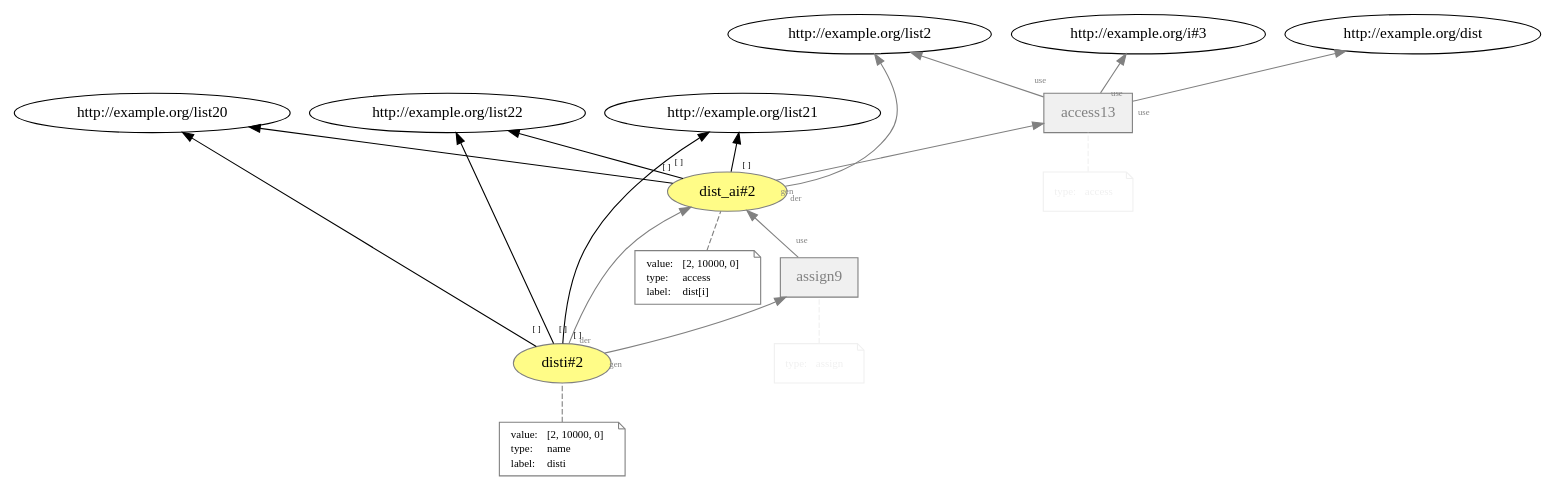
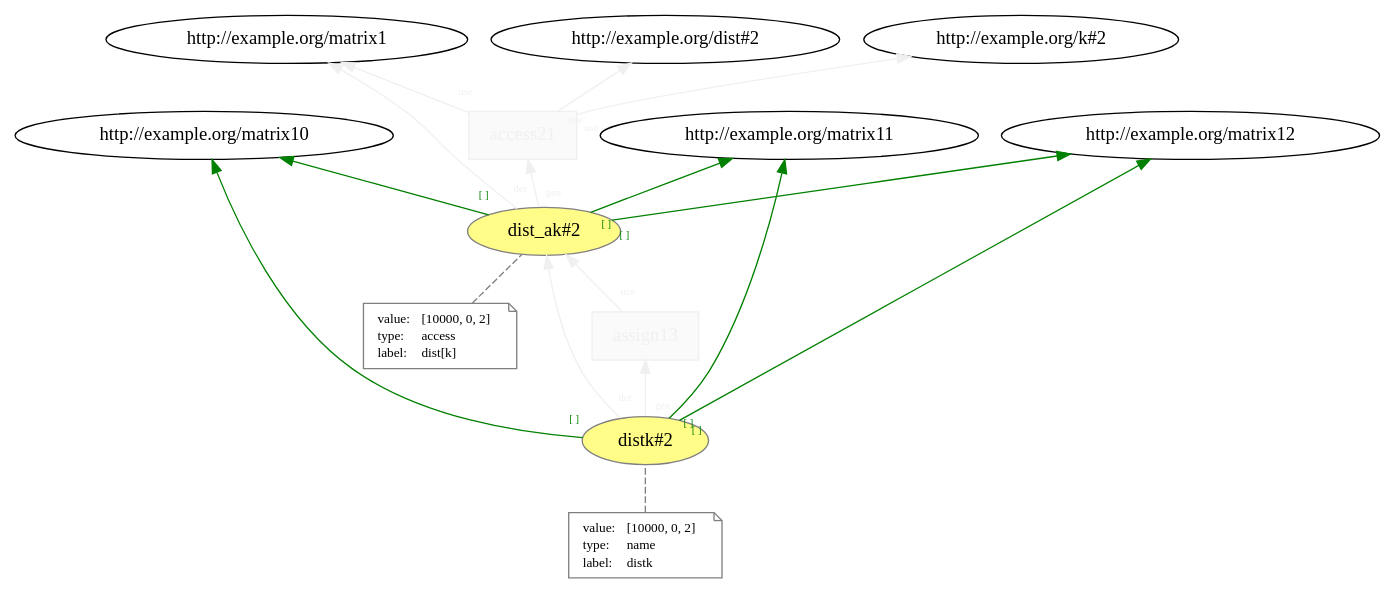
One commit to dew-uff/versioned-prov changed the diagram in images/plain_prov/temp/L13__access__assign_2.dot. Above: the diagram before and after it, drawn with Graphviz. The commit also changed 834 other files, not shown here.

```diff
--- a/images/plain_prov/temp/L13__access__assign_2.dot
+++ b/images/plain_prov/temp/L13__access__assign_2.dot
@@ -1,64 +1,50 @@
 digraph "PROV" { size="16,12"; rankdir="BT";
-"http://example.org/dist_ai#2" [fillcolor="#FFFC87",color="#808080",style="filled",label="dist_ai#2",URL="http://example.org/dist_ai#2"]
+"http://example.org/dist_ak#2" [fillcolor="#FFFC87",color="#808080",style="filled",label="dist_ak#2",URL="http://example.org/dist_ak#2"]
 "-attrs0" [color="gray",shape="note",fontsize="10",fontcolor="black",label=<<TABLE cellpadding="0" border="0">
 	<TR>
 	    <TD align="left">value:</TD>
-	    <TD align="left">[2, 10000, 0]</TD>
+	    <TD align="left">[10000, 0, 2]</TD>
 	</TR>
 	<TR>
 	    <TD align="left">type:</TD>
 	    <TD align="left">access</TD>
 	</TR>
 	<TR>
 	    <TD align="left">label:</TD>
-	    <TD align="left">dist[i]</TD>
+	    <TD align="left">dist[k]</TD>
 	</TR>
 </TABLE>>]
-"-attrs0" -> "http://example.org/dist_ai#2" [color="gray",style="dashed",arrowhead="none"]
-"http://example.org/dist_ai#2" -> "http://example.org/list20" [labelfontsize="8",labeldistance="1.5",labelangle="60.0",rotation="20",taillabel="[ ]"]
-"http://example.org/dist_ai#2" -> "http://example.org/list21" [labelfontsize="8",labeldistance="1.5",labelangle="60.0",rotation="20",taillabel="[ ]"]
-"http://example.org/dist_ai#2" -> "http://example.org/list22" [labelfontsize="8",labeldistance="1.5",labelangle="60.0",rotation="20",taillabel="[ ]"]
-"http://example.org/access13" [fillcolor="#F0F0F0",color="gray",shape="polygon",sides="4",style="filled",label="access13",URL="http://example.org/access13",fontcolor="gray"]
-"-attrs1" [color="#F0F0F0",shape="note",fontsize="10",fontcolor="black",label=<<TABLE cellpadding="0" border="0">
-	<TR>
-	    <TD align="left"><font color="#F0F0F0">type:</font></TD>
-	    <TD align="left"><font color="#F0F0F0">access</font></TD>
-	</TR>
-</TABLE>>]
-"-attrs1" -> "http://example.org/access13" [color="#F0F0F0",style="dashed",arrowhead="none"]
-"http://example.org/access13" -> "http://example.org/list2" [labelfontsize="8",labeldistance="1.5",labelangle="60.0",rotation="20",taillabel="use",fontcolor="gray",color="gray"]
-"http://example.org/dist_ai#2" -> "http://example.org/list2" [labelfontsize="8",labeldistance="1.5",labelangle="60.0",rotation="20",taillabel="der",fontcolor="gray",color="gray"]
-"http://example.org/dist_ai#2" -> "http://example.org/access13" [labelfontsize="8",labeldistance="1.5",labelangle="60.0",rotation="20",taillabel="gen",fontcolor="gray",color="gray"]
-"http://example.org/access13" -> "http://example.org/dist" [labelfontsize="8",labeldistance="1.5",labelangle="60.0",rotation="20",taillabel="use",fontcolor="gray",color="gray"]
-"http://example.org/access13" -> "http://example.org/i#3" [labelfontsize="8",labeldistance="1.5",labelangle="60.0",rotation="20",taillabel="use",fontcolor="gray",color="gray"]
-"http://example.org/disti#2" [fillcolor="#FFFC87",color="#808080",style="filled",label="disti#2",URL="http://example.org/disti#2"]
-"-attrs2" [color="gray",shape="note",fontsize="10",fontcolor="black",label=<<TABLE cellpadding="0" border="0">
+"-attrs0" -> "http://example.org/dist_ak#2" [color="gray",style="dashed",arrowhead="none"]
+"http://example.org/dist_ak#2" -> "http://example.org/matrix10" [labelfontsize="8",labeldistance="1.5",labelangle="60.0",rotation="20",taillabel="[ ]",specific="true",fontcolor="green",color="green"]
+"http://example.org/dist_ak#2" -> "http://example.org/matrix11" [labelfontsize="8",labeldistance="1.5",labelangle="60.0",rotation="20",taillabel="[ ]",specific="true",fontcolor="green",color="green"]
+"http://example.org/dist_ak#2" -> "http://example.org/matrix12" [labelfontsize="8",labeldistance="1.5",labelangle="60.0",rotation="20",taillabel="[ ]",specific="true",fontcolor="green",color="green"]
+"http://example.org/access21" [fillcolor="#FAFAFA",color="#F0F0F0",shape="polygon",sides="4",style="filled",hide="true",fontcolor="#F0F0F0",label="access21",URL="http://example.org/access21"]
+"http://example.org/access21" -> "http://example.org/matrix1" [labelfontsize="8",labeldistance="1.5",labelangle="60.0",rotation="20",taillabel="use",hide="true",fontcolor="#F0F0F0",color="#F0F0F0"]
+"http://example.org/dist_ak#2" -> "http://example.org/matrix1" [labelfontsize="8",labeldistance="1.5",labelangle="60.0",rotation="20",taillabel="der",hide="true",fontcolor="#F0F0F0",color="#F0F0F0"]
+"http://example.org/dist_ak#2" -> "http://example.org/access21" [labelfontsize="8",labeldistance="1.5",labelangle="60.0",rotation="20",taillabel="gen",hide="true",fontcolor="#F0F0F0",color="#F0F0F0"]
+"http://example.org/access21" -> "http://example.org/dist#2" [labelfontsize="8",labeldistance="1.5",labelangle="60.0",rotation="20",taillabel="use",hide="true",fontcolor="#F0F0F0",color="#F0F0F0"]
+"http://example.org/access21" -> "http://example.org/k#2" [labelfontsize="8",labeldistance="1.5",labelangle="60.0",rotation="20",taillabel="use",hide="true",fontcolor="#F0F0F0",color="#F0F0F0"]
+"http://example.org/distk#2" [fillcolor="#FFFC87",color="#808080",style="filled",label="distk#2",URL="http://example.org/distk#2"]
+"-attrs1" [color="gray",shape="note",fontsize="10",fontcolor="black",label=<<TABLE cellpadding="0" border="0">
 	<TR>
 	    <TD align="left">value:</TD>
-	    <TD align="left">[2, 10000, 0]</TD>
+	    <TD align="left">[10000, 0, 2]</TD>
 	</TR>
 	<TR>
 	    <TD align="left">type:</TD>
 	    <TD align="left">name</TD>
 	</TR>
 	<TR>
 	    <TD align="left">label:</TD>
-	    <TD align="left">disti</TD>
+	    <TD align="left">distk</TD>
 	</TR>
 </TABLE>>]
-"-attrs2" -> "http://example.org/disti#2" [color="gray",style="dashed",arrowhead="none"]
-"http://example.org/disti#2" -> "http://example.org/list20" [labelfontsize="8",labeldistance="1.5",labelangle="60.0",rotation="20",taillabel="[ ]"]
-"http://example.org/disti#2" -> "http://example.org/list21" [labelfontsize="8",labeldistance="1.5",labelangle="60.0",rotation="20",taillabel="[ ]"]
-"http://example.org/disti#2" -> "http://example.org/list22" [labelfontsize="8",labeldistance="1.5",labelangle="60.0",rotation="20",taillabel="[ ]"]
-"http://example.org/assign9" [fillcolor="#F0F0F0",color="gray",shape="polygon",sides="4",style="filled",label="assign9",URL="http://example.org/assign9",fontcolor="gray"]
-"-attrs3" [color="#F0F0F0",shape="note",fontsize="10",fontcolor="black",label=<<TABLE cellpadding="0" border="0">
-	<TR>
-	    <TD align="left"><font color="#F0F0F0">type:</font></TD>
-	    <TD align="left"><font color="#F0F0F0">assign</font></TD>
-	</TR>
-</TABLE>>]
-"-attrs3" -> "http://example.org/assign9" [color="#F0F0F0",style="dashed",arrowhead="none"]
-"http://example.org/assign9" -> "http://example.org/dist_ai#2" [labelfontsize="8",labeldistance="1.5",labelangle="60.0",rotation="20",taillabel="use",fontcolor="gray",color="gray"]
-"http://example.org/disti#2" -> "http://example.org/dist_ai#2" [labelfontsize="8",labeldistance="1.5",labelangle="60.0",rotation="20",taillabel="der",fontcolor="gray",color="gray"]
-"http://example.org/disti#2" -> "http://example.org/assign9" [labelfontsize="8",labeldistance="1.5",labelangle="60.0",rotation="20",taillabel="gen",fontcolor="gray",color="gray"]
+"-attrs1" -> "http://example.org/distk#2" [color="gray",style="dashed",arrowhead="none"]
+"http://example.org/distk#2" -> "http://example.org/matrix10" [labelfontsize="8",labeldistance="1.5",labelangle="60.0",rotation="20",taillabel="[ ]",specific="true",fontcolor="green",color="green"]
+"http://example.org/distk#2" -> "http://example.org/matrix11" [labelfontsize="8",labeldistance="1.5",labelangle="60.0",rotation="20",taillabel="[ ]",specific="true",fontcolor="green",color="green"]
+"http://example.org/distk#2" -> "http://example.org/matrix12" [labelfontsize="8",labeldistance="1.5",labelangle="60.0",rotation="20",taillabel="[ ]",specific="true",fontcolor="green",color="green"]
+"http://example.org/assign13" [fillcolor="#FAFAFA",color="#F0F0F0",shape="polygon",sides="4",style="filled",hide="true",fontcolor="#F0F0F0",label="assign13",URL="http://example.org/assign13"]
+"http://example.org/assign13" -> "http://example.org/dist_ak#2" [labelfontsize="8",labeldistance="1.5",labelangle="60.0",rotation="20",taillabel="use",hide="true",fontcolor="#F0F0F0",color="#F0F0F0"]
+"http://example.org/distk#2" -> "http://example.org/dist_ak#2" [labelfontsize="8",labeldistance="1.5",labelangle="60.0",rotation="20",taillabel="der",hide="true",fontcolor="#F0F0F0",color="#F0F0F0"]
+"http://example.org/distk#2" -> "http://example.org/assign13" [labelfontsize="8",labeldistance="1.5",labelangle="60.0",rotation="20",taillabel="gen",hide="true",fontcolor="#F0F0F0",color="#F0F0F0"]
 }
```
